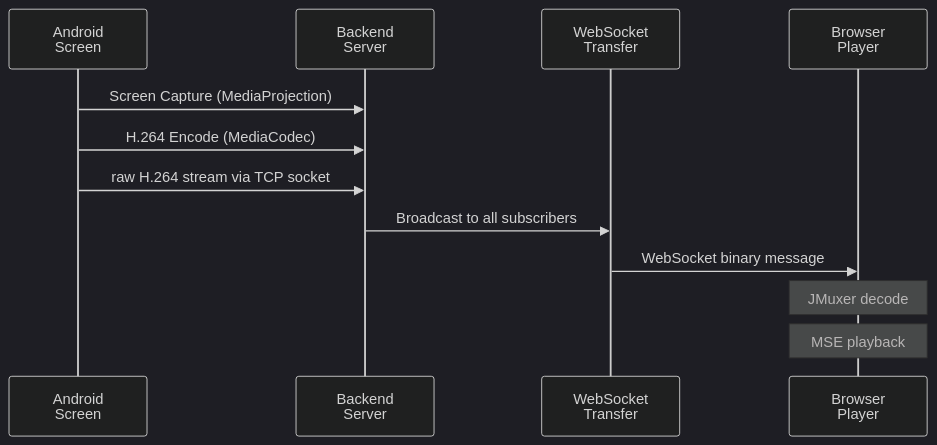
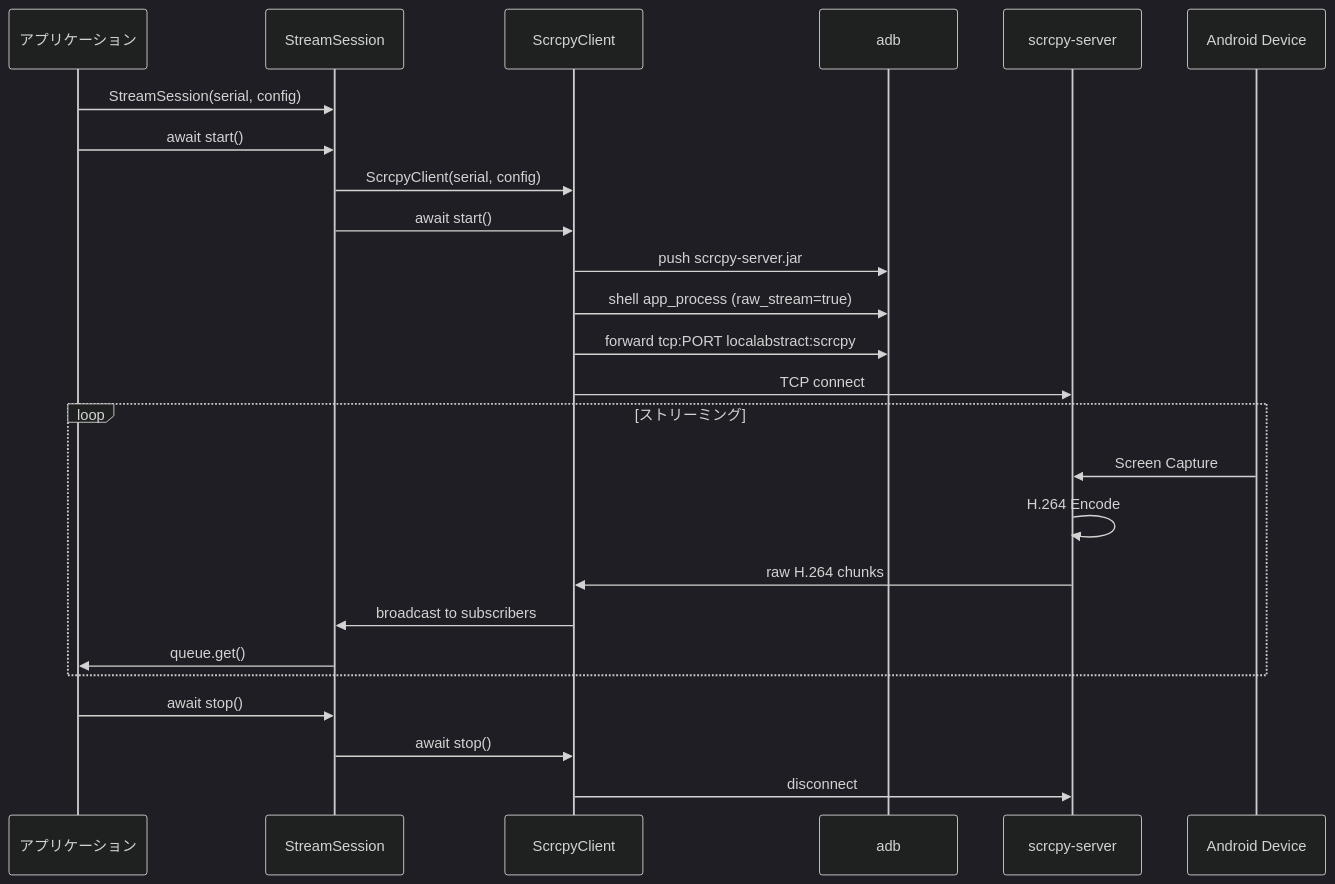
The second of 3 diagrams in docs/architecture.md (aRaikoFunakami/screen-stream-capture), drawn with Mermaid (dark theme) before and after one commit. The commit also changed other lines of this file and 5 other files, not shown here.

````diff
--- a/docs/architecture.md
+++ b/docs/architecture.md
@@ -44,17 +44,30 @@
 ```mermaid
 sequenceDiagram
-    participant Android as Android<br/>Screen
-    participant Backend as Backend<br/>Server
-    participant WS as WebSocket<br/>Transfer
-    participant Browser as Browser<br/>Player
-
-    Android->>Backend: Screen Capture (MediaProjection)
-    Android->>Backend: H.264 Encode (MediaCodec)
-    Android->>Backend: raw H.264 stream via TCP socket
+    participant App as アプリケーション
+    participant Session as StreamSession
+    participant Client as ScrcpyClient
+    participant ADB as adb
+    participant Server as scrcpy-server
+    participant Device as Android Device
     
-    Backend->>WS: Broadcast to all subscribers
-    WS->>Browser: WebSocket binary message
+    App->>Session: StreamSession(serial, config)
+    App->>Session: await start()
+    Session->>Client: ScrcpyClient(serial, config)
+    Session->>Client: await start()
+    Client->>ADB: push scrcpy-server.jar
+    Client->>ADB: shell app_process (raw_stream=true)
+    Client->>ADB: forward tcp:PORT localabstract:scrcpy
+    Client->>Server: TCP connect
     
-    Note over Browser: JMuxer decode
-    Note over Browser: MSE playback
+    loop ストリーミング
+        Device->>Server: Screen Capture
+        Server->>Server: H.264 Encode
+        Server->>Client: raw H.264 chunks
+        Client->>Session: broadcast to subscribers
+        Session->>App: queue.get()
+    end
+    
+    App->>Session: await stop()
+    Session->>Client: await stop()
+    Client->>Server: disconnect
 ```
````
